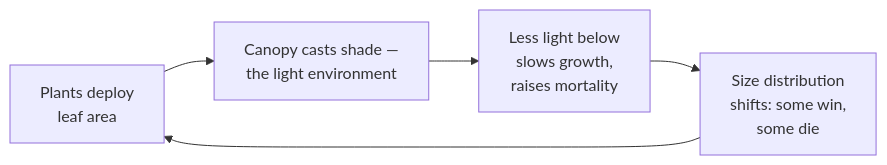
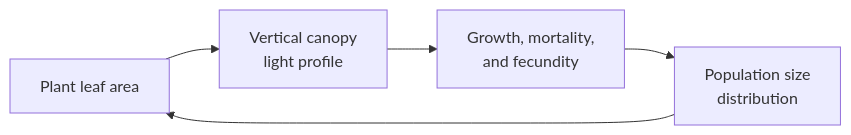
The fourth of 4 diagrams in theory/overview.qmd (traitecoevo/overstorey), drawn with Mermaid before and after one commit. The commit also changed other lines of this file and 123 other files, not shown here.

````diff
--- a/theory/overview.qmd
+++ b/theory/overview.qmd
@@ -207,7 +261,9 @@
 ```{mermaid}
 flowchart LR
-  A["Plants deploy<br/>leaf area"] --> B["Canopy casts shade —<br/>the light environment"]
-  B --> C["Less light below<br/>slows growth,<br/>raises mortality"]
-  C --> D["Size distribution<br/>shifts: some win,<br/>some die"]
+accTitle: Feedback between plants and the canopy light profile
+accDescr: Plant leaf area changes the canopy light profile. The light profile changes demographic rates, which alter the size distribution and therefore future leaf area.
+  A["Plant leaf area"] --> B["Vertical canopy<br/>light profile"]
+  B --> C["Growth, mortality,<br/>and fecundity"]
+  C --> D["Population size<br/>distribution"]
   D --> A
 ```
````
